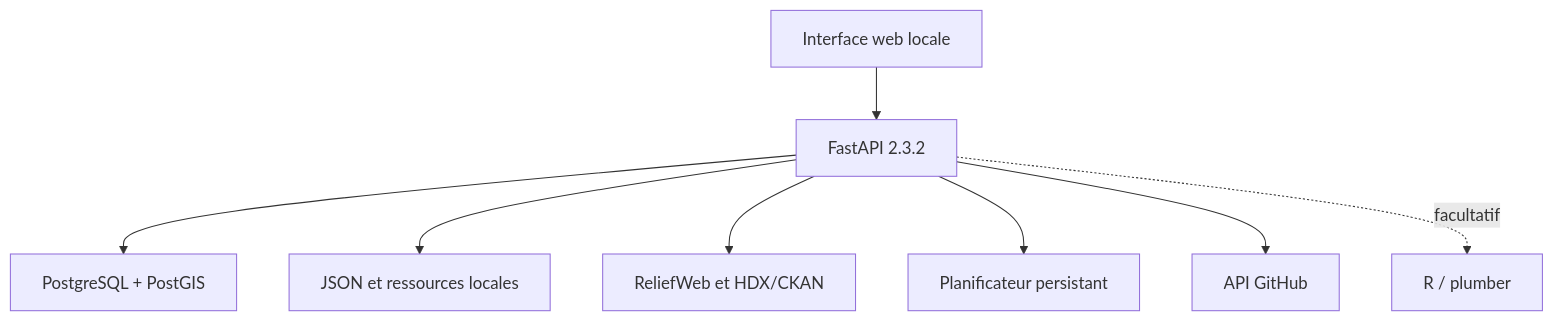
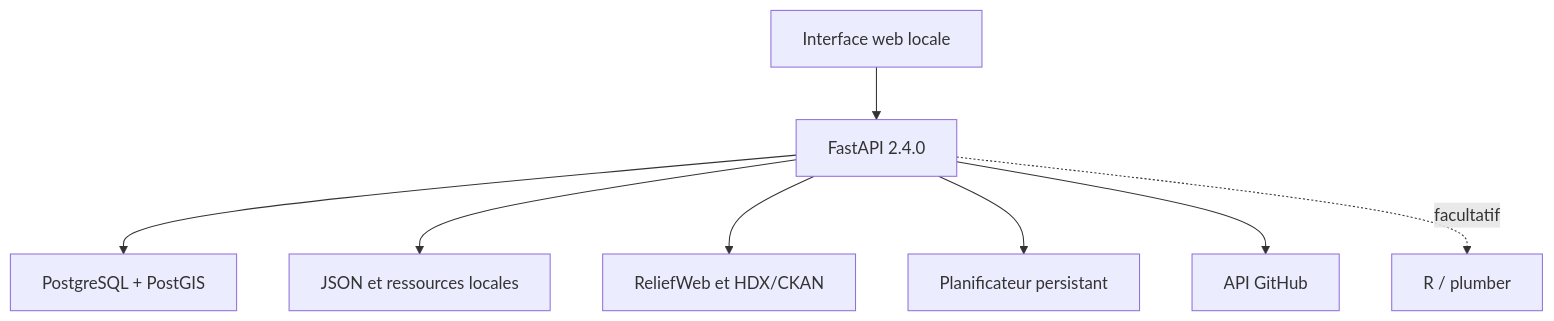
Before and after one commit to B-DAUTRIF/humanitarian-data-platform: the diagram in docs/ARCHITECTURE.md, drawn with Mermaid. The commit also changed other lines of this file and 41 other files, not shown here.

````diff
--- a/docs/ARCHITECTURE.md
+++ b/docs/ARCHITECTURE.md
@@ -5,10 +5,10 @@
 ```mermaid
 flowchart TD
-    U["Interface web locale"] --> A["FastAPI 2.3.2"]
+    U["Interface web locale"] --> A["FastAPI 2.4.0"]
     A --> P["PostgreSQL + PostGIS"]
     A --> F["JSON et ressources locales"]
     A --> X["ReliefWeb et HDX/CKAN"]
     A --> S["Planificateur persistant"]
     A --> G["API GitHub"]
     A -. facultatif .-> R["R / plumber"]
 ```
````
